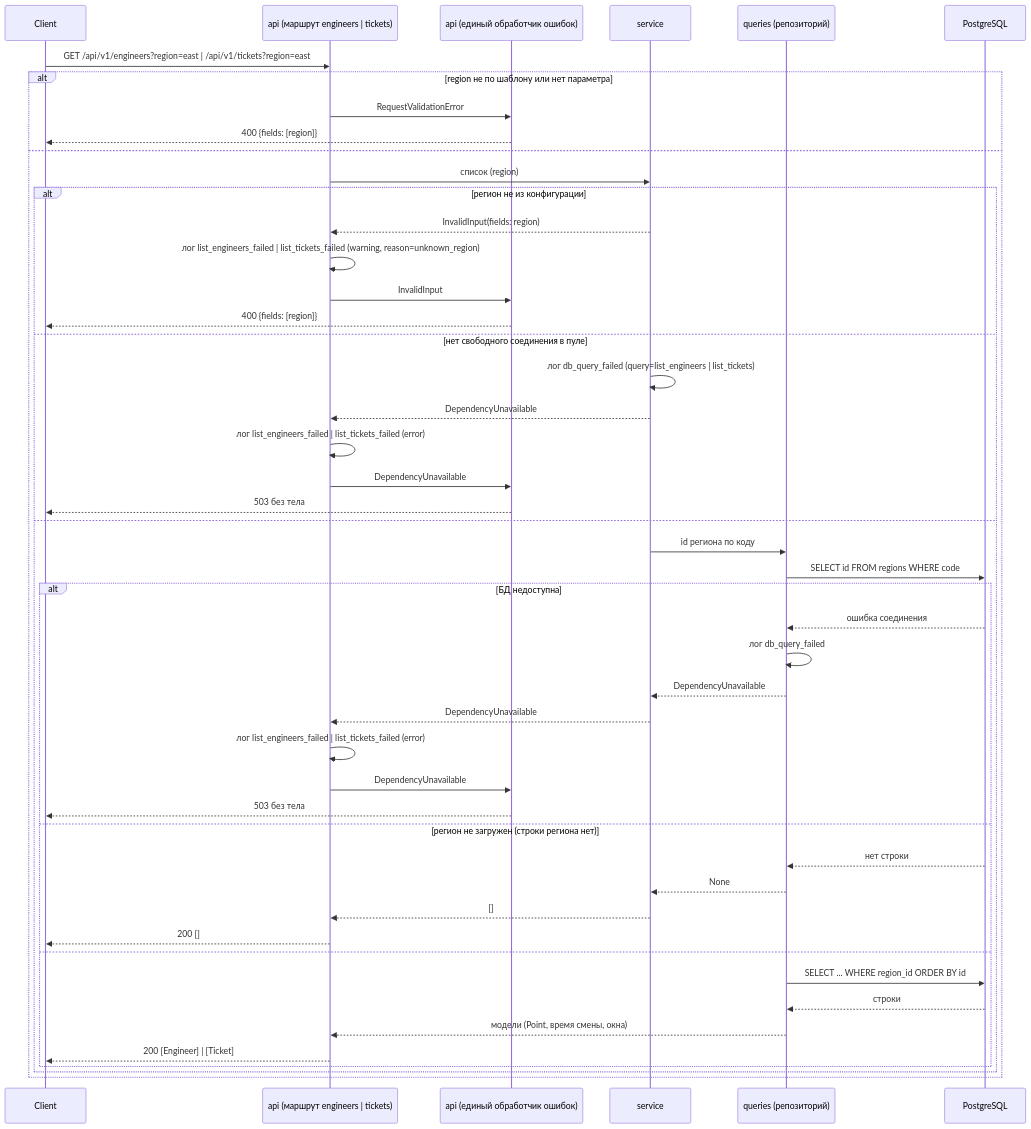
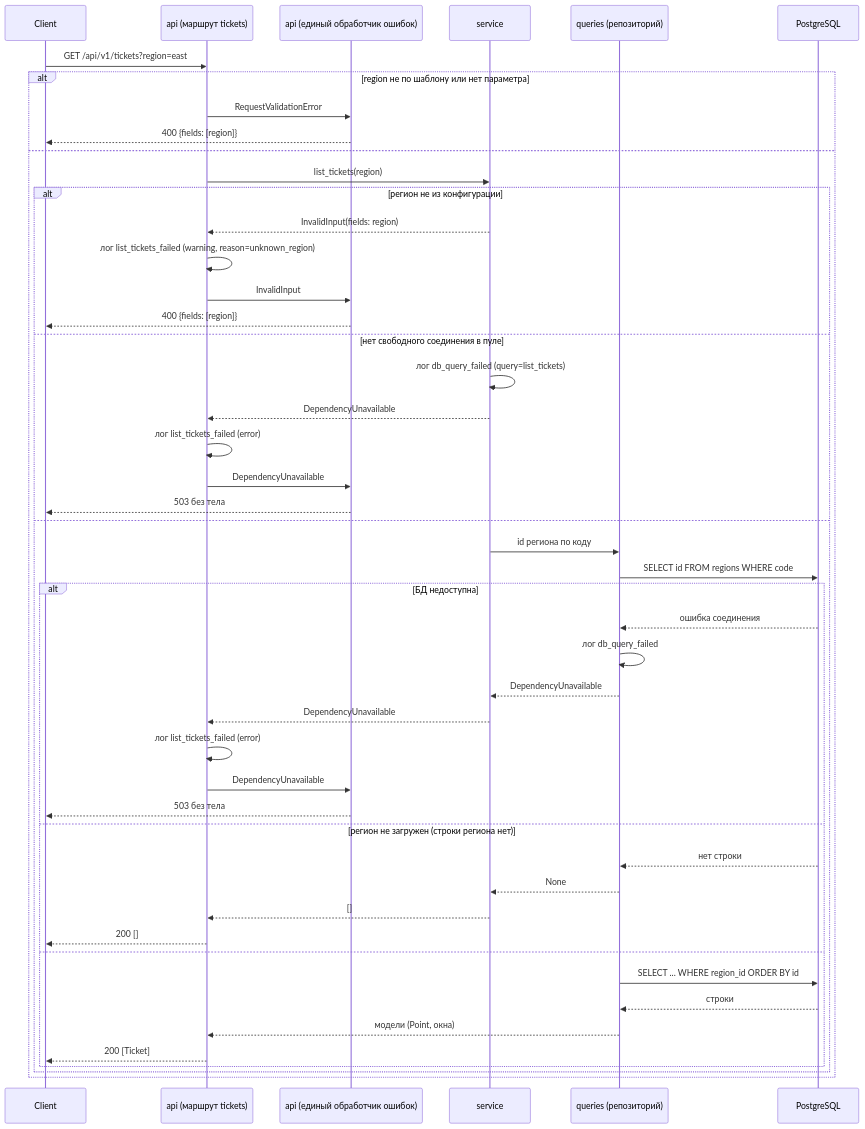
Before and after one commit to vseminoy/engineer_route_plan: the tenth of 15 diagrams in back/src/api/routes/sequence_diagrams.md, drawn with Mermaid. The commit also changed other lines of this file and 1 other file, not shown here.

Commit message:
chore(cloud): changeset 18 checkpoint — sequence diagrams (step 5), pending approval

````diff
--- a/back/src/api/routes/sequence_diagrams.md
+++ b/back/src/api/routes/sequence_diagrams.md
@@ -270,51 +530,51 @@
 ```mermaid
 sequenceDiagram
     participant Client
-    participant API as api (маршрут engineers | tickets)
+    participant API as api (маршрут tickets)
     participant H as api (единый обработчик ошибок)
     participant Svc as service
     participant Repo as queries (репозиторий)
     participant DB as PostgreSQL
 
-    Client->>API: GET /api/v1/engineers?region=east | /api/v1/tickets?region=east
+    Client->>API: GET /api/v1/tickets?region=east
     alt region не по шаблону или нет параметра
         API->>H: RequestValidationError
         H-->>Client: 400 {fields: [region]}
     else
-        API->>Svc: список (region)
+        API->>Svc: list_tickets(region)
         alt регион не из конфигурации
             Svc-->>API: InvalidInput(fields: region)
-            API->>API: лог list_engineers_failed | list_tickets_failed (warning, reason=unknown_region)
+            API->>API: лог list_tickets_failed (warning, reason=unknown_region)
             API->>H: InvalidInput
             H-->>Client: 400 {fields: [region]}
         else нет свободного соединения в пуле
-            Svc->>Svc: лог db_query_failed (query=list_engineers | list_tickets)
+            Svc->>Svc: лог db_query_failed (query=list_tickets)
             Svc-->>API: DependencyUnavailable
-            API->>API: лог list_engineers_failed | list_tickets_failed (error)
+            API->>API: лог list_tickets_failed (error)
             API->>H: DependencyUnavailable
             H-->>Client: 503 без тела
         else
             Svc->>Repo: id региона по коду
             Repo->>DB: SELECT id FROM regions WHERE code
             alt БД недоступна
                 DB-->>Repo: ошибка соединения
                 Repo->>Repo: лог db_query_failed
                 Repo-->>Svc: DependencyUnavailable
                 Svc-->>API: DependencyUnavailable
-                API->>API: лог list_engineers_failed | list_tickets_failed (error)
+                API->>API: лог list_tickets_failed (error)
                 API->>H: DependencyUnavailable
                 H-->>Client: 503 без тела
             else регион не загружен (строки региона нет)
                 DB-->>Repo: нет строки
                 Repo-->>Svc: None
                 Svc-->>API: []
                 API-->>Client: 200 []
             else
                 Repo->>DB: SELECT ... WHERE region_id ORDER BY id
                 DB-->>Repo: строки
-                Repo-->>API: модели (Point, время смены, окна)
-                API-->>Client: 200 [Engineer] | [Ticket]
+                Repo-->>API: модели (Point, окна)
+                API-->>Client: 200 [Ticket]
             end
         end
     end
 ```
````
